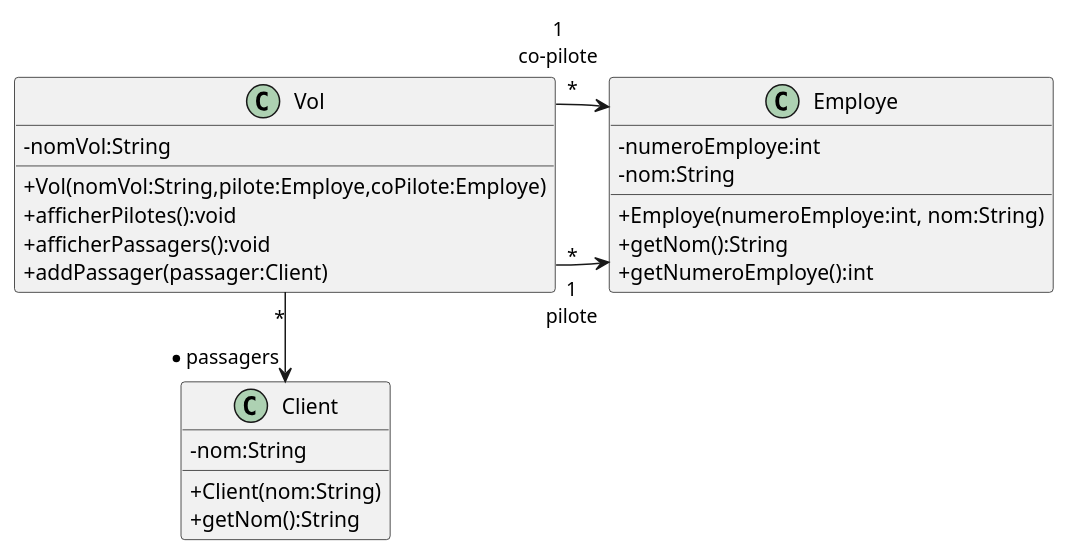
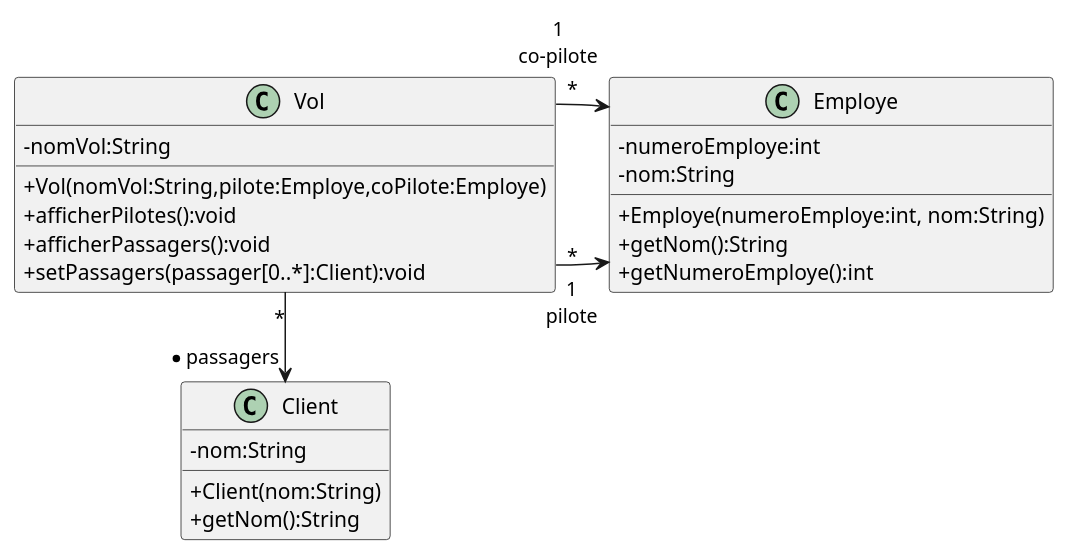
One commit to profesig/exosOO changed the diagram in Diagramme de classe/L5 - Associations/exercices/l5exercice2/Exercice 2.puml. Above: the diagram before and after it, drawn with PlantUML. The commit also changed 3 other files, not shown here.

```diff
--- a/Diagramme de classe/L5 - Associations/exercices/l5exercice2/Exercice 2.puml
+++ b/Diagramme de classe/L5 - Associations/exercices/l5exercice2/Exercice 2.puml
@@ -1,30 +1,30 @@
 @startuml
 skinparam classAttributeIconSize 0
 
 class Vol {
 - nomVol:String
 + Vol(nomVol:String,pilote:Employe,coPilote:Employe)
 + afficherPilotes():void
 + afficherPassagers():void
-+ addPassager(passager:Client)
++ setPassagers(passager[0..*]:Client):void
 }
 
 class Employe {
   - numeroEmploye:int
   - nom:String
   + Employe(numeroEmploye:int, nom:String)
   + getNom():String
   + getNumeroEmploye():int
 }
 
 class Client {
   - nom:String
   + Client(nom:String)
   + getNom():String
 }
 
 Vol "*" -> "1\npilote" Employe
 Vol "*" -> "1\nco-pilote" Employe
 Vol "*" --> "* passagers" Client
 
 @enduml
```
